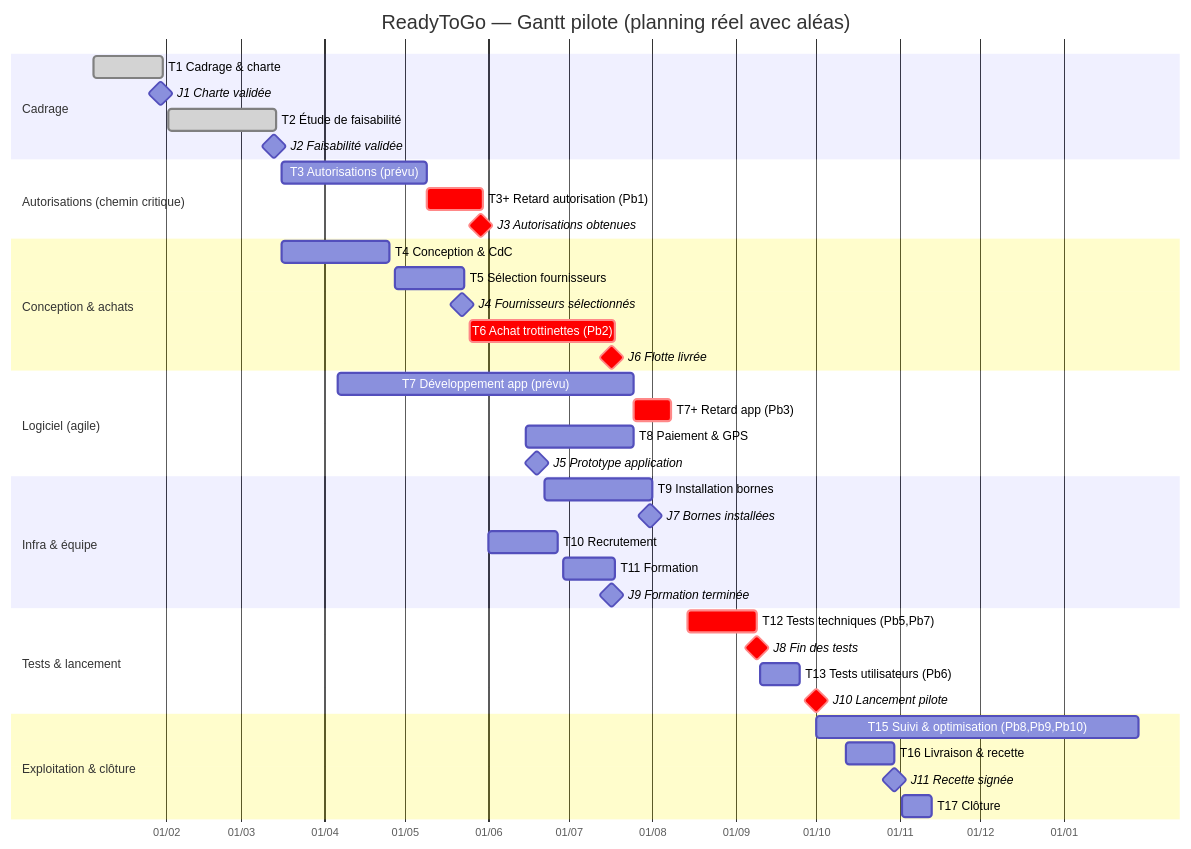
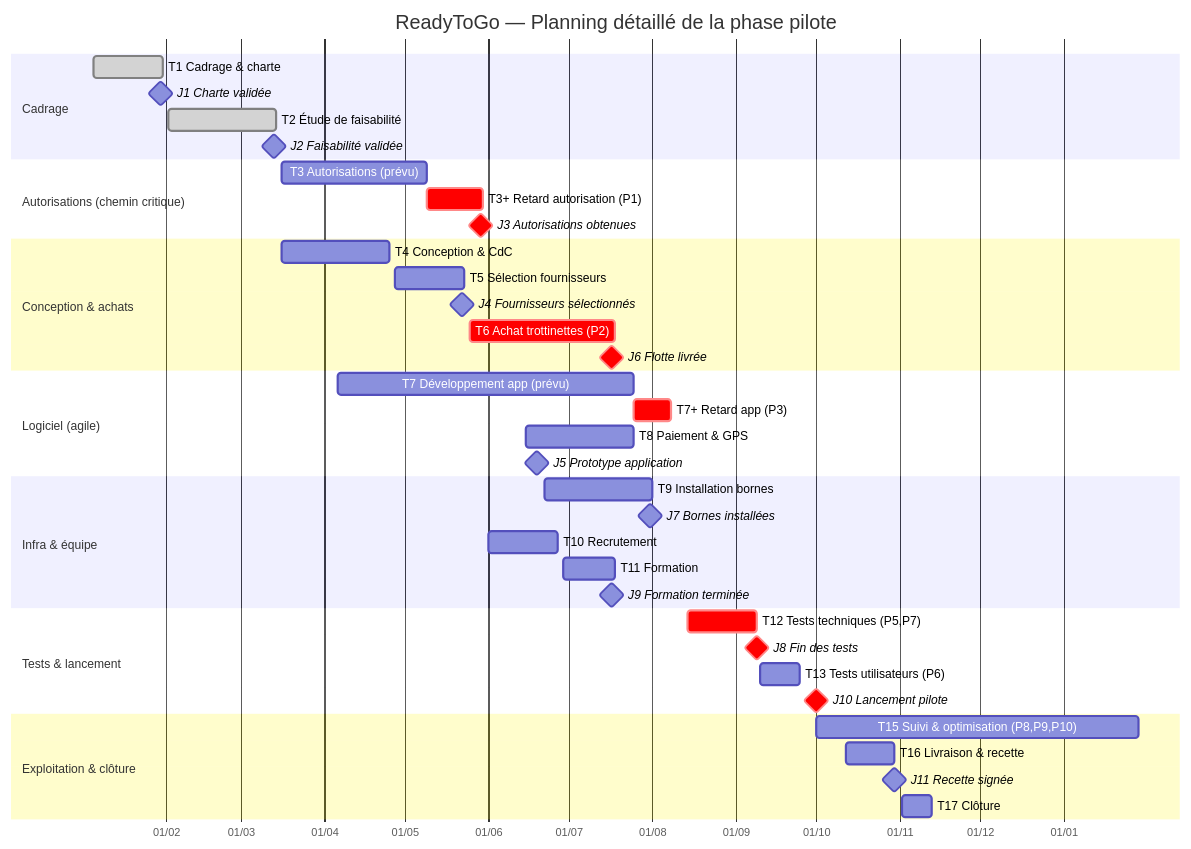
One commit to sadour2004/rapport-GP changed the fifth of 10 diagrams in RAPPORT_ReadyToGo.md. Above: the diagram before and after it, drawn with Mermaid. The commit also changed other lines of this file and 11 other files, not shown here.

````diff
--- a/RAPPORT_ReadyToGo.md
+++ b/RAPPORT_ReadyToGo.md
@@ -545,42 +535,42 @@
 ```mermaid
 gantt
-    title ReadyToGo — Gantt pilote (planning réel avec aléas)
+    title ReadyToGo — Planning détaillé de la phase pilote
     dateFormat YYYY-MM-DD
     axisFormat %d/%m
     section Cadrage
     T1 Cadrage & charte           :done, t1, 2026-01-05, 26d
     J1 Charte validée             :milestone, 2026-01-30, 0d
     T2 Étude de faisabilité       :done, t2, 2026-02-02, 40d
     J2 Faisabilité validée        :milestone, 2026-03-13, 0d
     section Autorisations (chemin critique)
     T3 Autorisations (prévu)      :t3a, 2026-03-16, 54d
-    T3+ Retard autorisation (Pb1) :crit, t3b, 2026-05-09, 21d
+    T3+ Retard autorisation (P1)  :crit, t3b, 2026-05-09, 21d
     J3 Autorisations obtenues     :milestone, crit, 2026-05-29, 0d
     section Conception & achats
     T4 Conception & CdC           :t4, 2026-03-16, 40d
     T5 Sélection fournisseurs     :t5, 2026-04-27, 26d
     J4 Fournisseurs sélectionnés  :milestone, 2026-05-22, 0d
-    T6 Achat trottinettes (Pb2)   :crit, t6, 2026-05-25, 54d
+    T6 Achat trottinettes (P2)    :crit, t6, 2026-05-25, 54d
     J6 Flotte livrée              :milestone, crit, 2026-07-17, 0d
     section Logiciel (agile)
     T7 Développement app (prévu)  :t7, 2026-04-06, 110d
-    T7+ Retard app (Pb3)          :crit, t7b, 2026-07-25, 14d
+    T7+ Retard app (P3)           :crit, t7b, 2026-07-25, 14d
     T8 Paiement & GPS             :t8, 2026-06-15, 40d
     J5 Prototype application      :milestone, 2026-06-19, 0d
     section Infra & équipe
     T9 Installation bornes        :t9, 2026-06-22, 40d
     J7 Bornes installées          :milestone, 2026-07-31, 0d
     T10 Recrutement               :t10, 2026-06-01, 26d
     T11 Formation                 :t11, 2026-06-29, 19d
     J9 Formation terminée         :milestone, 2026-07-17, 0d
     section Tests & lancement
-    T12 Tests techniques (Pb5,Pb7):crit, t12, 2026-08-14, 26d
+    T12 Tests techniques (P5,P7)  :crit, t12, 2026-08-14, 26d
     J8 Fin des tests              :milestone, crit, 2026-09-09, 0d
-    T13 Tests utilisateurs (Pb6)  :t13, 2026-09-10, 15d
+    T13 Tests utilisateurs (P6)   :t13, 2026-09-10, 15d
     J10 Lancement pilote          :milestone, crit, 2026-10-01, 0d
     section Exploitation & clôture
-    T15 Suivi & optimisation (Pb8,Pb9,Pb10):t15, 2026-10-01, 120d
+    T15 Suivi & optimisation (P8,P9,P10):t15, 2026-10-01, 120d
     T16 Livraison & recette       :t16, 2026-10-12, 18d
     J11 Recette signée            :milestone, 2026-10-30, 0d
     T17 Clôture                   :t17, 2026-11-02, 11d
 ```
````
